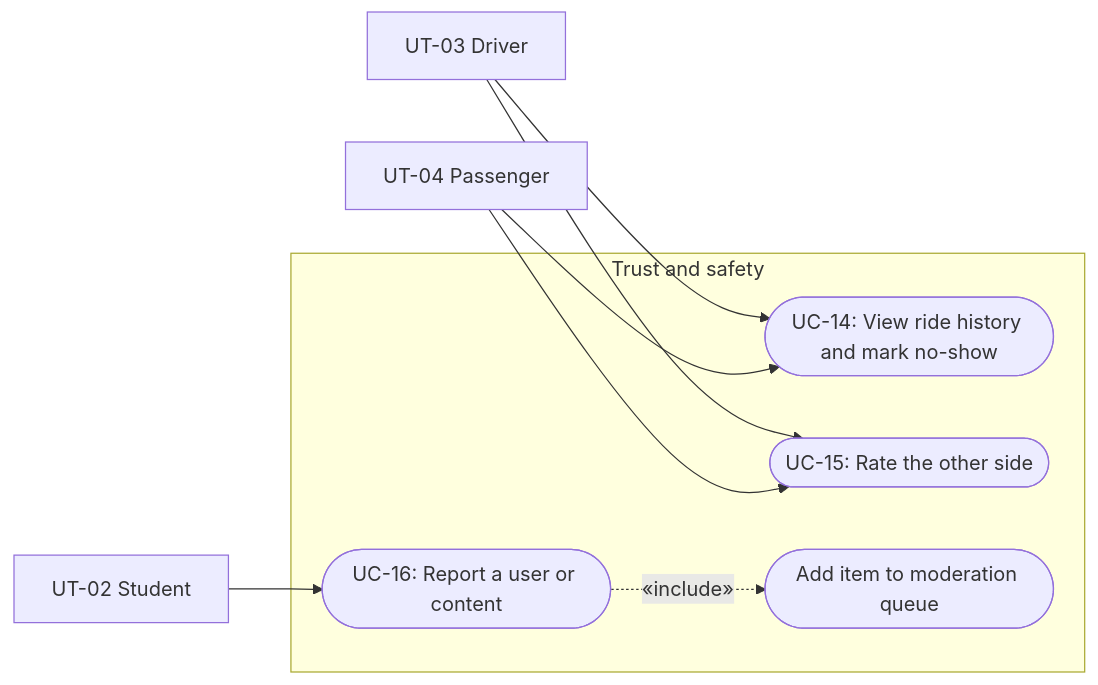
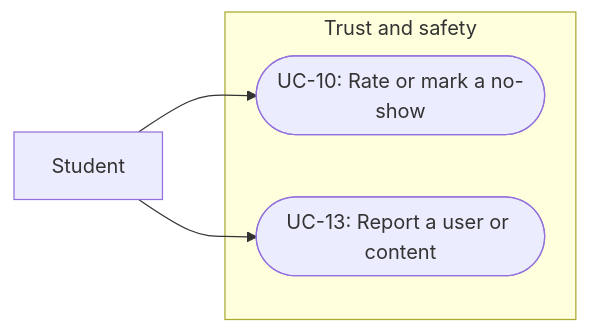
Before and after one commit to FuatKarakaya/ShareMaxxing: the fifth of 7 diagrams in docs/RequirementsSpec.md, drawn with Mermaid. The commit also changed other lines of this file, not shown here.

````diff
--- a/docs/RequirementsSpec.md
+++ b/docs/RequirementsSpec.md
@@ -675,20 +352,12 @@
 ```mermaid
 flowchart LR
-    Driver["UT-03 Driver"]
-    Passenger["UT-04 Passenger"]
-    Student["UT-02 Student"]
+    Student["Student"]
 
     subgraph System["Trust and safety"]
-        UC14(["UC-14: View ride history and mark no-show"])
-        UC15(["UC-15: Rate the other side"])
-        UC16(["UC-16: Report a user or content"])
-        Queue(["Add item to moderation queue"])
+        UC10(["UC-10: Rate or mark a no-show"])
+        UC13(["UC-13: Report a user or content"])
     end
 
-    Driver --> UC14
-    Passenger --> UC14
-    Driver --> UC15
-    Passenger --> UC15
-    Student --> UC16
-    UC16 -.->|«include»| Queue
+    Student --> UC10
+    Student --> UC13
 ```
````
